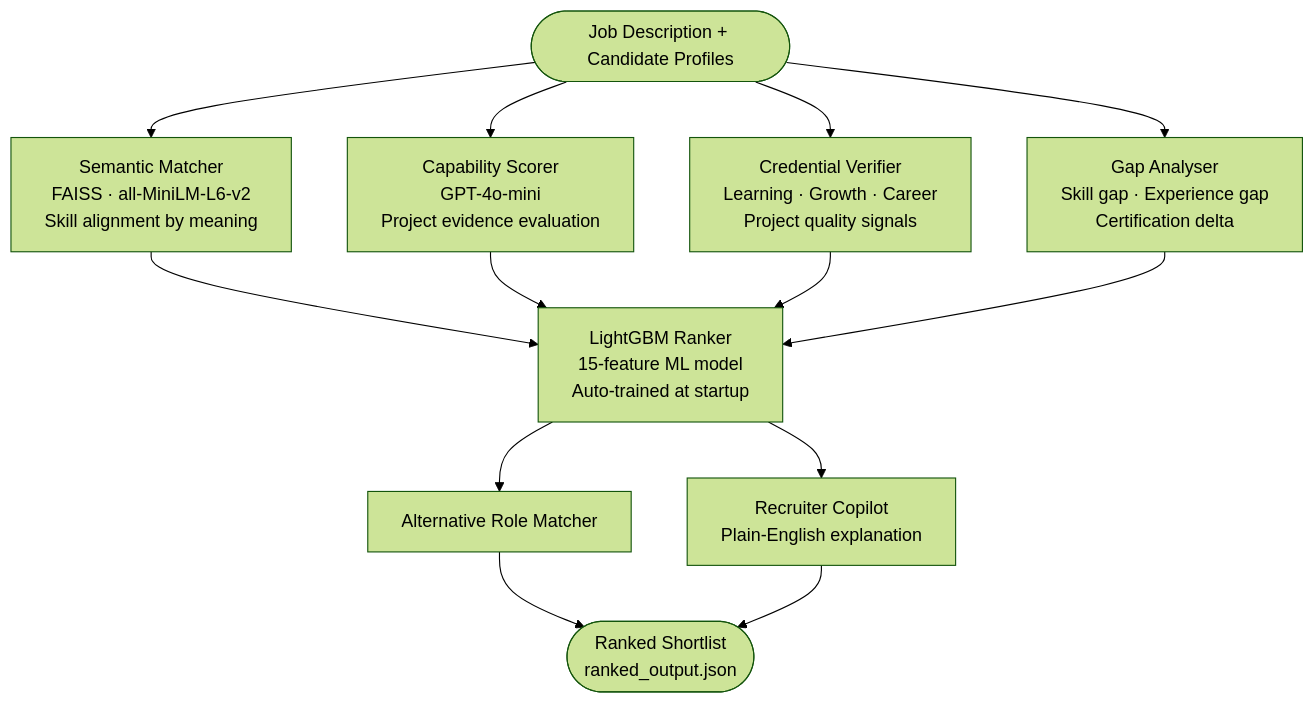
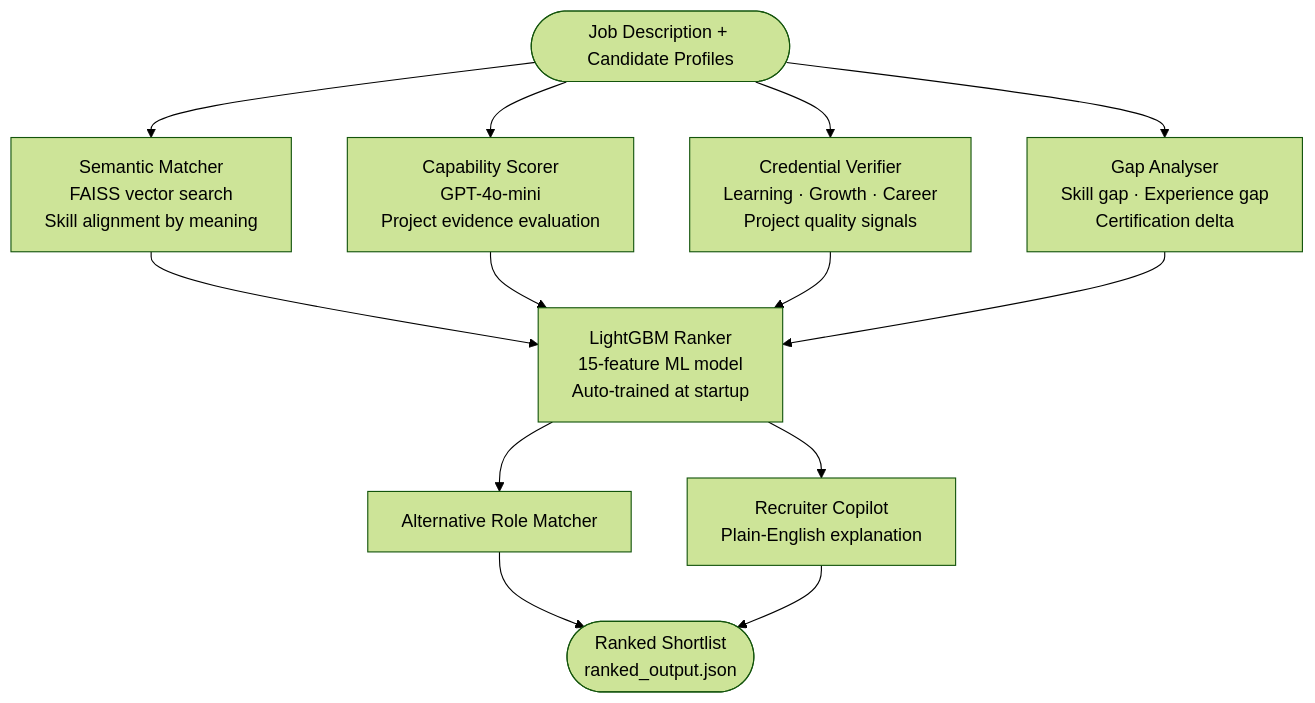
Before and after one commit to black1plague2/talentos-submission: the diagram in README.md, drawn with Mermaid (forest theme). The commit also changed other lines of this file and 1 other file, not shown here.

````diff
--- a/README.md
+++ b/README.md
@@ -30,22 +44,22 @@
 ```mermaid
 flowchart TD
     A([Job Description + Candidate Profiles])
 
-    A --> B[Semantic Matcher\nFAISS · all-MiniLM-L6-v2\nSkill alignment by meaning]
+    A --> B[Semantic Matcher\nFAISS vector search\nSkill alignment by meaning]
     A --> C[Capability Scorer\nGPT-4o-mini\nProject evidence evaluation]
     A --> D[Credential Verifier\nLearning · Growth · Career\nProject quality signals]
     A --> E[Gap Analyser\nSkill gap · Experience gap\nCertification delta]
 
     B --> F
     C --> F
     D --> F
     E --> F
 
     F[LightGBM Ranker\n15-feature ML model\nAuto-trained at startup]
 
     F --> G[Alternative Role Matcher]
     F --> H[Recruiter Copilot\nPlain-English explanation]
 
     G --> OUT([Ranked Shortlist\nranked_output.json])
     H --> OUT
 ```
````
